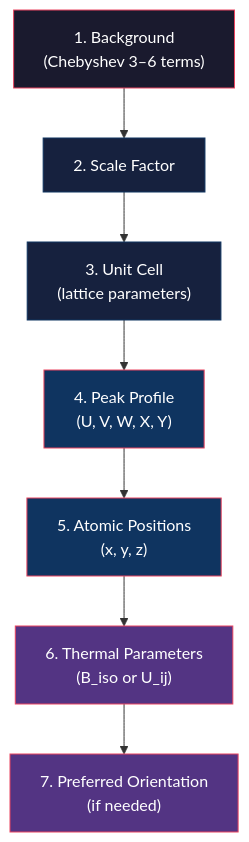
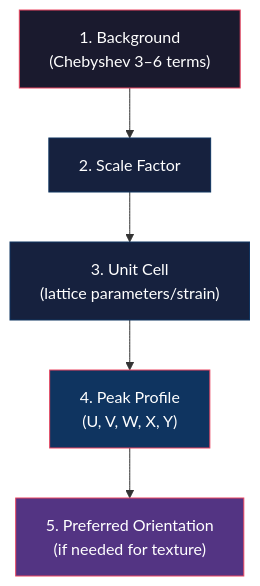
One commit to marinerhemant/MIDAS changed the diagram in manuals/GSAS-II_Integration.md. Above: the diagram before and after it, drawn with Mermaid. The commit also changed other lines of this file, not shown here.

````diff
--- a/manuals/GSAS-II_Integration.md
+++ b/manuals/GSAS-II_Integration.md
@@ -171,17 +172,13 @@
 ```mermaid
 flowchart TD
     A["1. Background<br/>(Chebyshev 3–6 terms)"] --> B["2. Scale Factor"]
-    B --> C["3. Unit Cell<br/>(lattice parameters)"]
+    B --> C["3. Unit Cell<br/>(lattice parameters/strain)"]
     C --> D["4. Peak Profile<br/>(U, V, W, X, Y)"]
-    D --> E["5. Atomic Positions<br/>(x, y, z)"]
-    E --> F["6. Thermal Parameters<br/>(B_iso or U_ij)"]
-    F --> G["7. Preferred Orientation<br/>(if needed)"]
+    D --> E["5. Preferred Orientation<br/>(if needed for texture)"]
 
     style A fill:#1a1a2e,stroke:#e94560,color:#fff
     style B fill:#16213e,stroke:#0f3460,color:#fff
     style C fill:#16213e,stroke:#0f3460,color:#fff
     style D fill:#0f3460,stroke:#e94560,color:#fff
-    style E fill:#0f3460,stroke:#e94560,color:#fff
-    style F fill:#533483,stroke:#e94560,color:#fff
-    style G fill:#533483,stroke:#e94560,color:#fff
+    style E fill:#533483,stroke:#e94560,color:#fff
 ```
````
